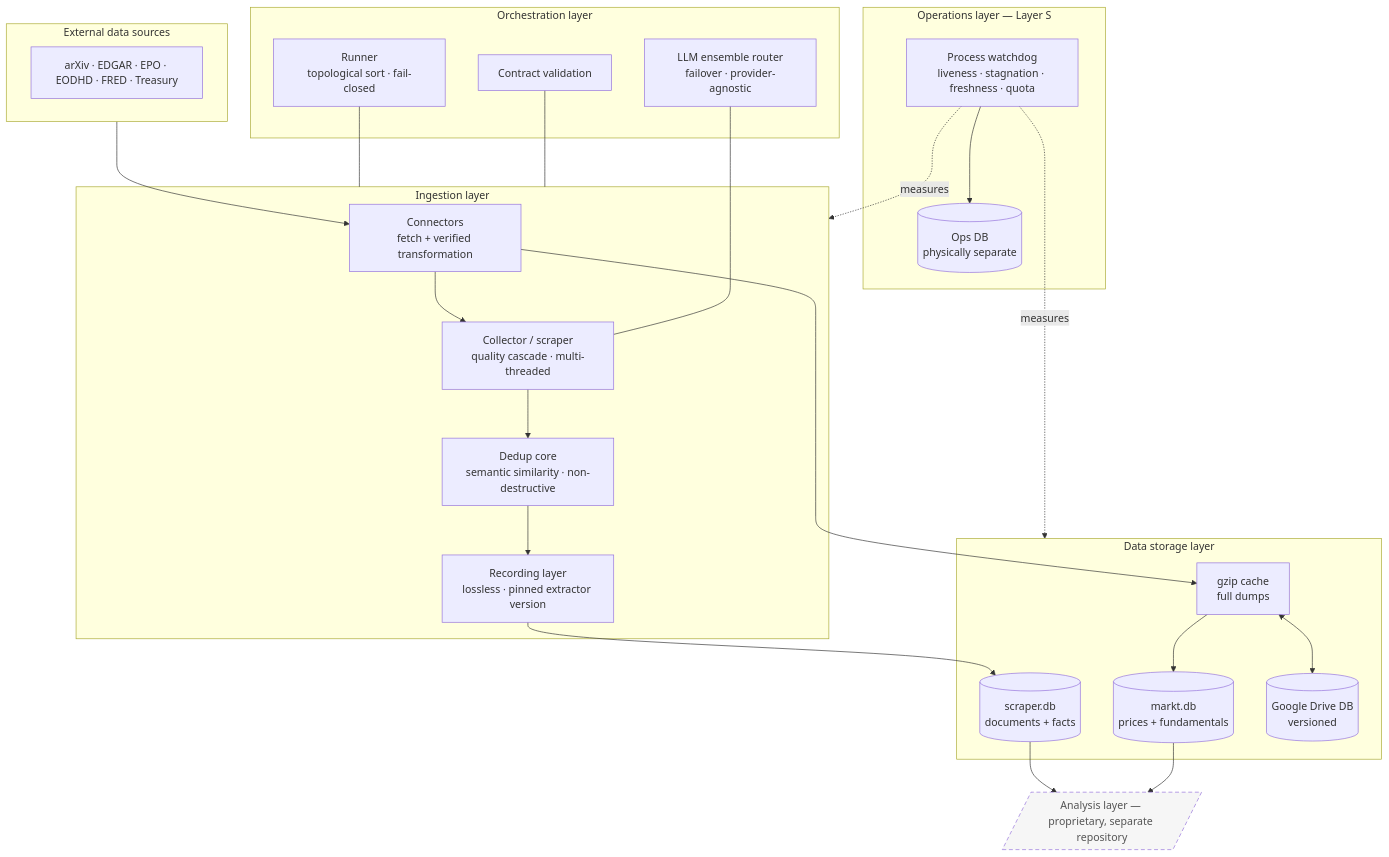
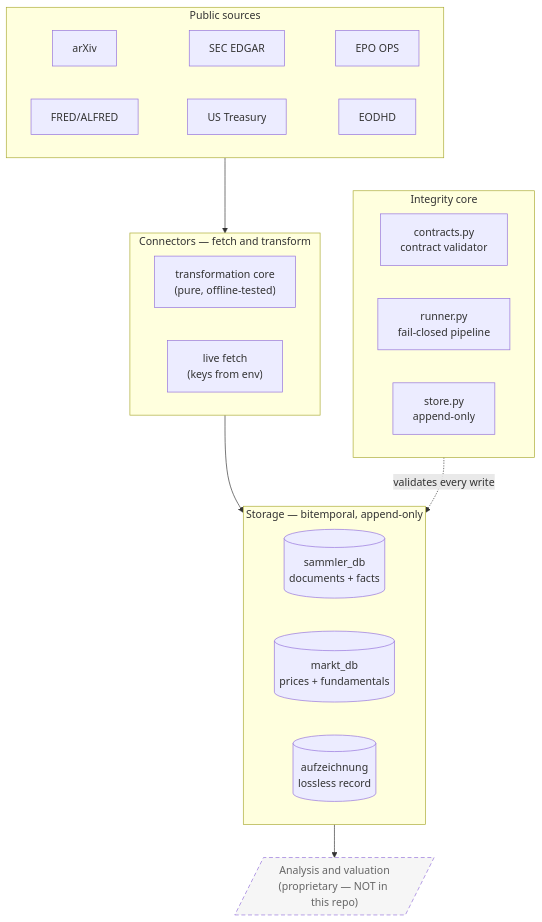
One commit to jens-alker/Chronos-Stream changed the first of 6 diagrams in docs/ARCHITECTURE.md. Above: the diagram before and after it, drawn with Mermaid. The commit also changed other lines of this file and 64 other files, not shown here.

````diff
--- a/docs/ARCHITECTURE.md
+++ b/docs/ARCHITECTURE.md
@@ -23,48 +13,36 @@
 ```mermaid
 flowchart TB
-  subgraph L0[External data sources]
-    src[arXiv · EDGAR · EPO · EODHD · FRED · Treasury]
+  subgraph Q[Public sources]
+    direction LR
+    arxiv[arXiv] ~~~ edgar[SEC EDGAR] ~~~ epo[EPO OPS]
+    fred[FRED/ALFRED] ~~~ treas[US Treasury] ~~~ eodhd[EODHD]
   end
 
-  subgraph L1[Ingestion layer]
-    conn[Connectors<br/>fetch + verified transformation]
-    scr[Collector / scraper<br/>quality cascade · multi-threaded]
-    dd[Dedup core<br/>semantic similarity · non-destructive]
-    rec[Recording layer<br/>lossless · pinned extractor version]
+  subgraph C[Connectors — fetch and transform]
+    direction LR
+    trans["transformation core<br/>(pure, offline-tested)"]
+    fetch["live fetch<br/>(keys from env)"]
   end
 
-  subgraph L2[Data storage layer]
-    doc[(scraper.db<br/>documents + facts)]
-    mkt[(markt.db<br/>prices + fundamentals)]
-    ch[gzip cache<br/>full dumps]
-    dr[(Google Drive DB<br/>versioned)]
+  subgraph S[Storage — bitemporal, append-only]
+    direction LR
+    sdb[("sammler_db<br/>documents + facts")]
+    mdb[("markt_db<br/>prices + fundamentals")]
+    rec[("aufzeichnung<br/>lossless record")]
   end
 
-  subgraph L3[Orchestration layer]
-    run[Runner<br/>topological sort · fail-closed]
-    ctr[Contract validation]
-    llm[LLM ensemble router<br/>failover · provider-agnostic]
+  subgraph I[Integrity core]
+    direction LR
+    con["contracts.py<br/>contract validator"]
+    run["runner.py<br/>fail-closed pipeline"]
+    sto["store.py<br/>append-only"]
   end
 
-  subgraph L4[Operations layer — Layer S]
-    mon[Process watchdog<br/>liveness · stagnation · freshness · quota]
-    ops[(Ops DB<br/>physically separate)]
-  end
+  Q --> C --> S
+  I -. validates every write .-> S
 
-  L0 --> conn
-  conn --> scr --> dd --> rec
-  rec --> doc
-  conn --> ch --> mkt
-  ch <--> dr
-  run --- L1
-  ctr --- L1
-  llm --- scr
-  mon -.measures.-> L1
-  mon -.measures.-> L2
-  mon --> ops
+  ana[/"Analysis and valuation<br/>(proprietary — NOT in this repo)"/]
+  S --> ana
 
-  ana[/"Analysis layer — proprietary, separate repository"/]
-  doc --> ana
-  mkt --> ana
-  style ana stroke-dasharray:6 4,fill:#f6f6f6,color:#555
+  style ana stroke-dasharray:6 4,fill:#f6f6f6,color:#666
 ```
````
